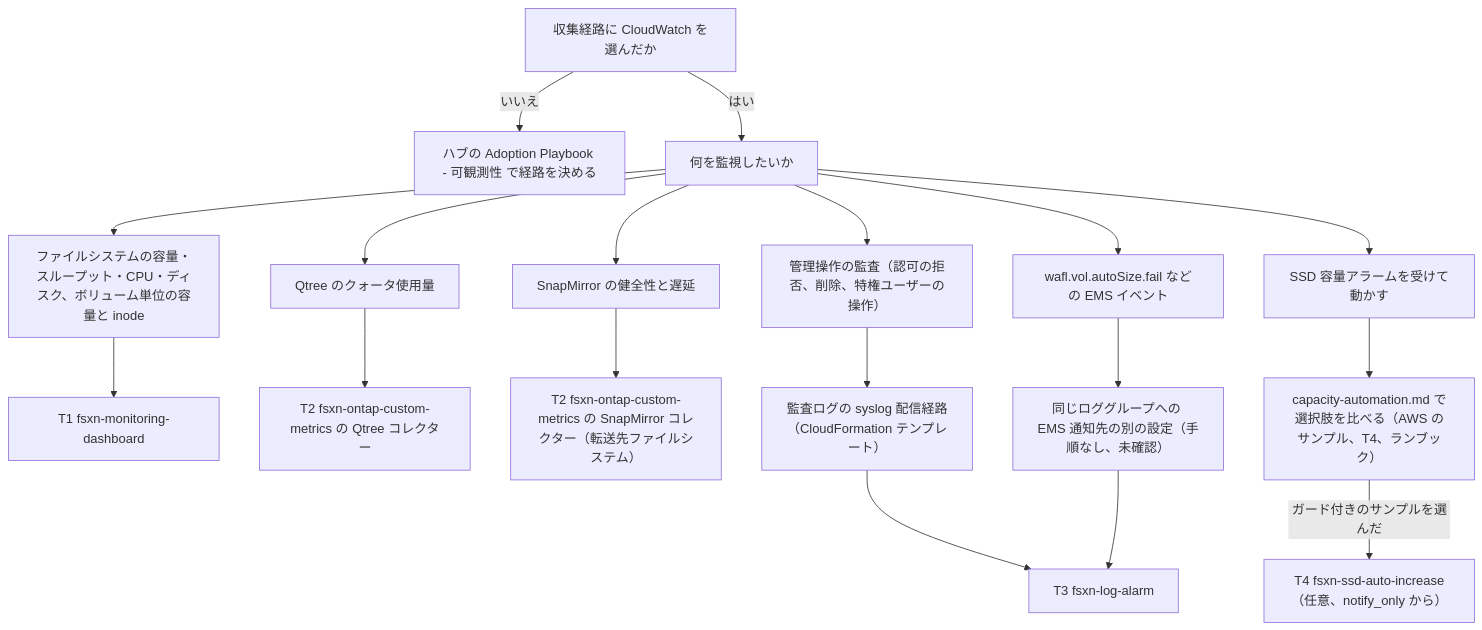
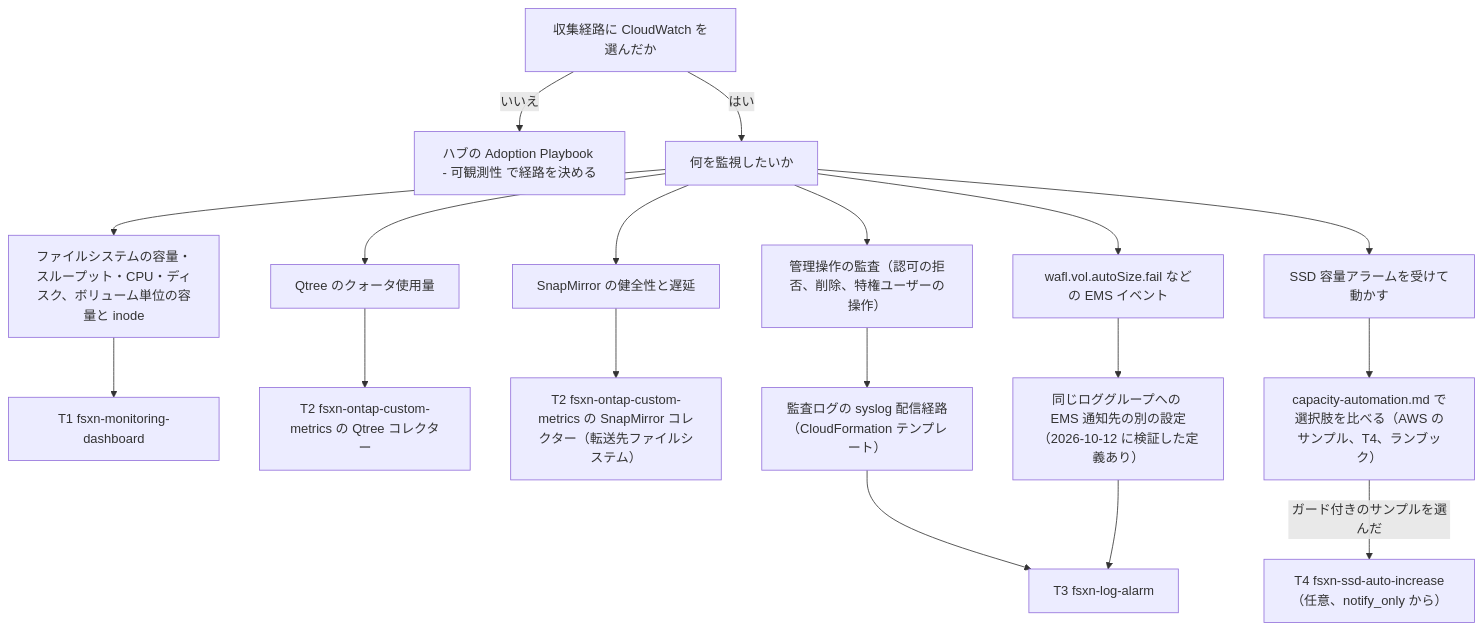
The diagram in docs/ja/terraform-monitoring-guide.md (Yoshiki0705/FSx-for-ONTAP-Observability-integrations), drawn with Mermaid before and after one commit. The commit also changed other lines of this file and 20 other files, not shown here.

````diff
--- a/docs/ja/terraform-monitoring-guide.md
+++ b/docs/ja/terraform-monitoring-guide.md
@@ -90,20 +90,20 @@
 ```mermaid
 flowchart TD
     A["収集経路に CloudWatch を選んだか"] -->|いいえ| H["ハブの Adoption Playbook - 可観測性 で経路を決める"]
     A -->|はい| B["何を監視したいか"]
     B --> C["ファイルシステムの容量・スループット・CPU・ディスク、ボリューム単位の容量と inode"]
     C --> T1["T1 fsxn-monitoring-dashboard"]
     B --> D["Qtree のクォータ使用量"]
     D --> T2Q["T2 fsxn-ontap-custom-metrics の Qtree コレクター"]
     B --> E["SnapMirror の健全性と遅延"]
     E --> T2S["T2 fsxn-ontap-custom-metrics の SnapMirror コレクター（転送先ファイルシステム）"]
     B --> F["管理操作の監査（認可の拒否、削除、特権ユーザーの操作）"]
     F --> S["監査ログの syslog 配信経路（CloudFormation テンプレート）"]
     S --> T3["T3 fsxn-log-alarm"]
     B --> E2["wafl.vol.autoSize.fail などの EMS イベント"]
-    E2 --> EMS["同じロググループへの EMS 通知先の別の設定（手順なし、未確認）"]
+    E2 --> EMS["同じロググループへの EMS 通知先の別の設定（2026-10-12 に検証した定義あり）"]
     EMS --> T3
     B --> G["SSD 容量アラームを受けて動かす"]
     G --> CA["capacity-automation.md で選択肢を比べる（AWS のサンプル、T4、ランブック）"]
     CA -->|ガード付きのサンプルを選んだ| T4["T4 fsxn-ssd-auto-increase（任意、notify_only から）"]
 ```
````
